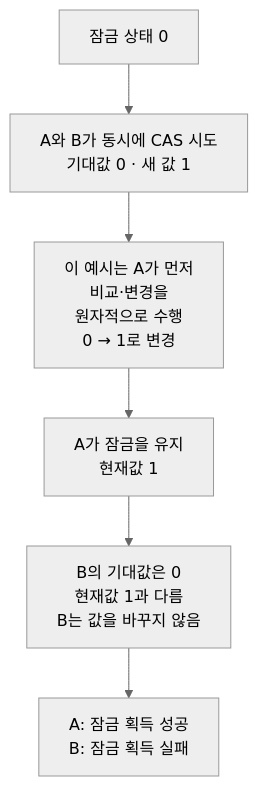
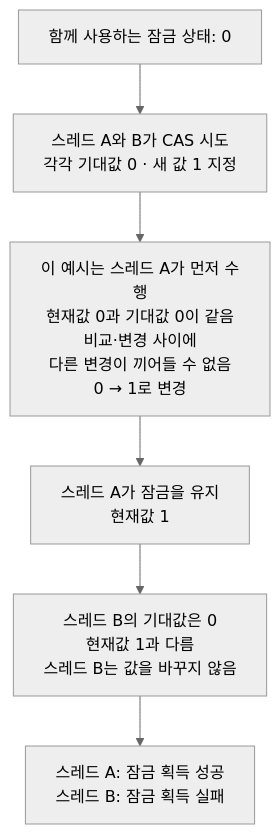
One commit to owencity/owencity.github.io changed the fifth of 5 diagrams in content/posts/last-stock-ordering.md. Above: the diagram before and after it, drawn with Mermaid (neutral theme). The commit also changed other lines of this file, not shown here.

````diff
--- a/content/posts/last-stock-ordering.md
+++ b/content/posts/last-stock-ordering.md
@@ -103,8 +110,8 @@
 ```mermaid
 flowchart TD
-    initial["잠금 상태 0"] --> request["A와 B가 동시에 CAS 시도<br/>기대값 0 · 새 값 1"]
-    request --> change["이 예시는 A가 먼저<br/>비교·변경을<br/>원자적으로 수행<br/>0 → 1로 변경"]
-    change --> hold["A가 잠금을 유지<br/>현재값 1"]
-    hold --> compare["B의 기대값은 0<br/>현재값 1과 다름<br/>B는 값을 바꾸지 않음"]
-    compare --> result["A: 잠금 획득 성공<br/>B: 잠금 획득 실패"]
+    initial["함께 사용하는 잠금 상태: 0"] --> request["스레드 A와 B가 CAS 시도<br/>각각 기대값 0 · 새 값 1 지정"]
+    request --> change["이 예시는 스레드 A가 먼저 수행<br/>현재값 0과 기대값 0이 같음<br/>비교·변경 사이에<br/>다른 변경이 끼어들 수 없음<br/>0 → 1로 변경"]
+    change --> hold["스레드 A가 잠금을 유지<br/>현재값 1"]
+    hold --> compare["스레드 B의 기대값은 0<br/>현재값 1과 다름<br/>스레드 B는 값을 바꾸지 않음"]
+    compare --> result["스레드 A: 잠금 획득 성공<br/>스레드 B: 잠금 획득 실패"]
 ```
````
